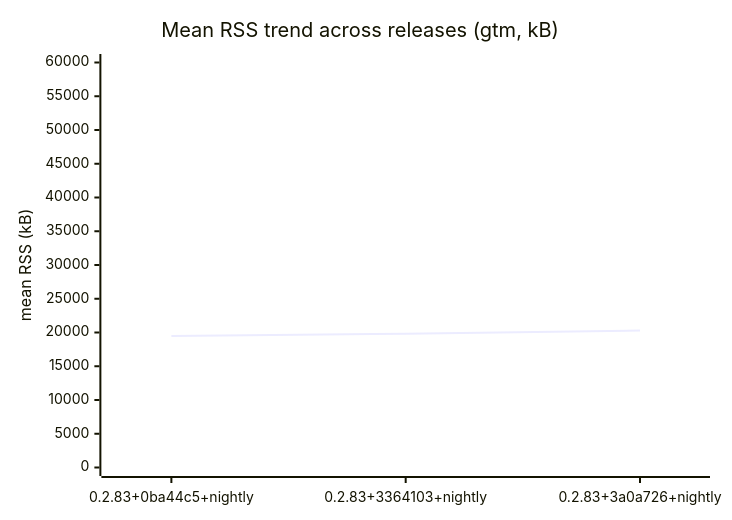
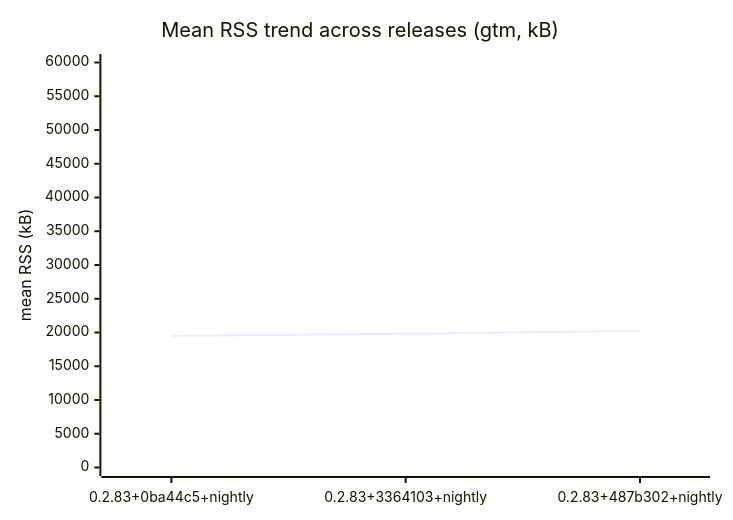
The second of 3 diagrams in BENCHMARK.md (prjctimg/gtm.rs), drawn with Mermaid before and after one commit. The commit also changed other lines of this file and 1 other file, not shown here.

Commit message:
bench: results for 0.2.83+487b302+nightly [skip nightly]

````diff
--- a/BENCHMARK.md
+++ b/BENCHMARK.md
@@ -37,7 +37,7 @@
 ```mermaid
 xychart-beta
   title "Mean RSS trend across releases (gtm, kB)"
-  x-axis [0.2.83+0ba44c5+nightly, 0.2.83+3364103+nightly, 0.2.83+3a0a726+nightly]
+  x-axis [0.2.83+0ba44c5+nightly, 0.2.83+3364103+nightly, 0.2.83+487b302+nightly]
   y-axis "mean RSS (kB)" 0 --> 60000
-  line [19469,19817,20293]
+  line [19469,19817,20233]
 ```
````
